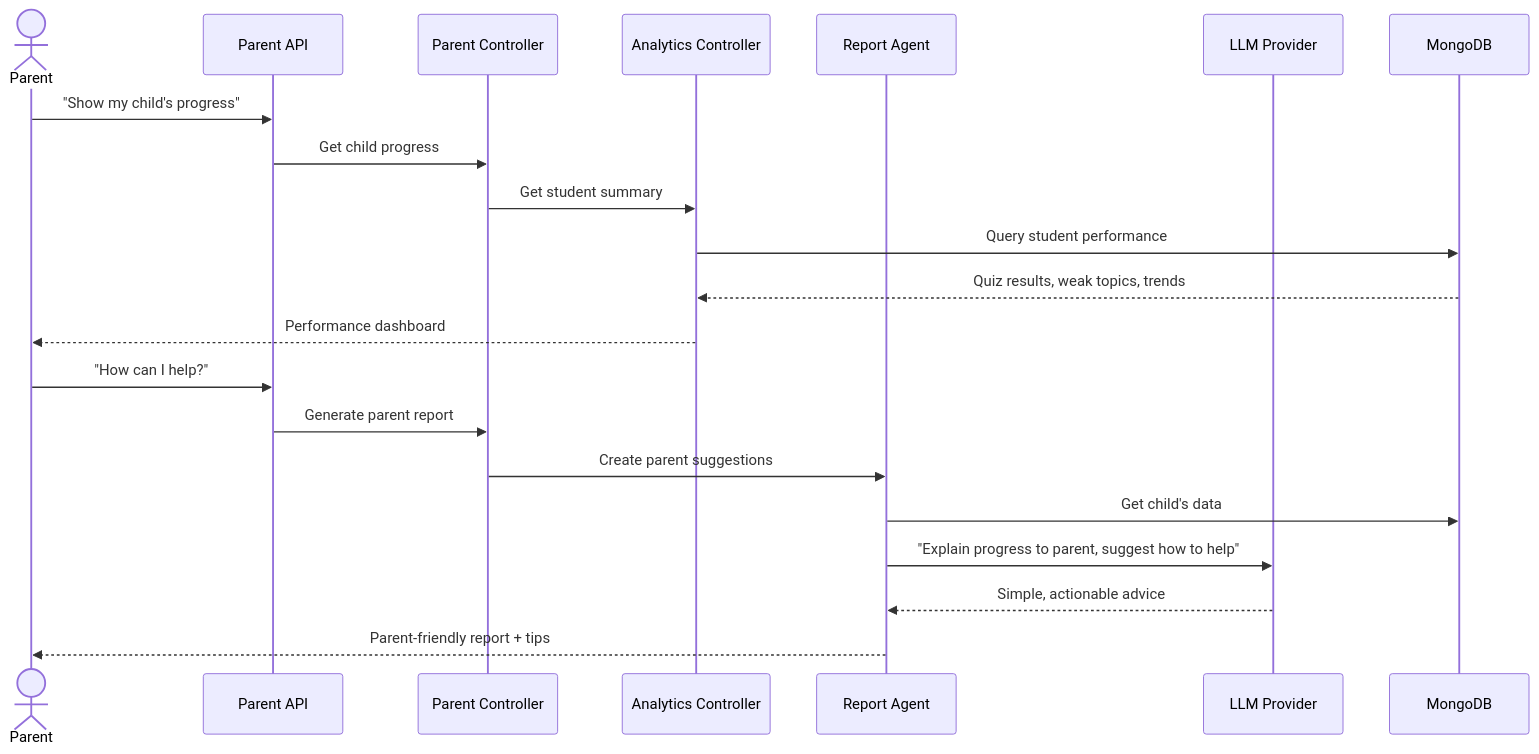
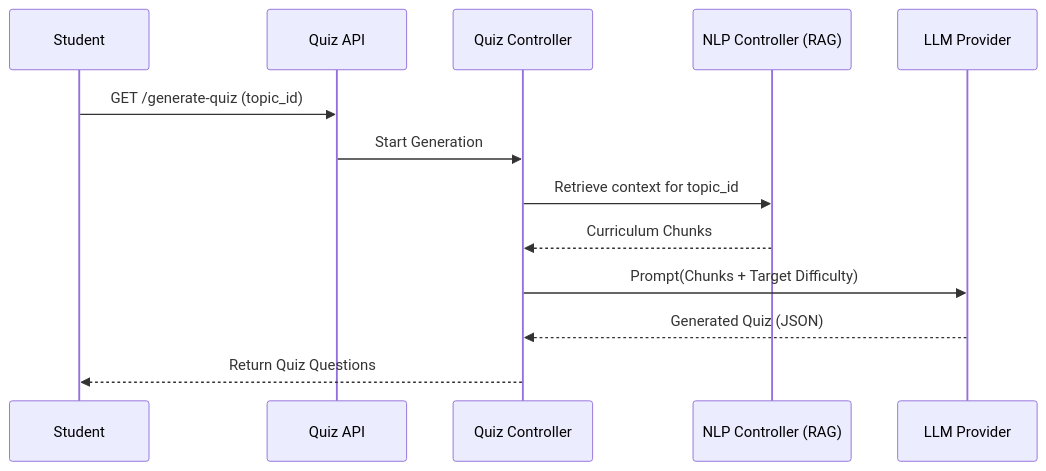
One commit to EbEmad/Contest-Rag changed the fourth of 4 diagrams in README.md. Above: the diagram before and after it, drawn with Mermaid. The commit also changed other lines of this file and 2 other files, not shown here.

````diff
--- a/README.md
+++ b/README.md
@@ -302,25 +134,16 @@
 ```mermaid
 sequenceDiagram
-    actor Parent
-    participant API as Parent API
-    participant Ctrl as Parent Controller
-    participant Analytics as Analytics Controller
-    participant Report as Report Agent
+    participant Student
+    participant API as Quiz API
+    participant CTRL as Quiz Controller
+    participant NLP as NLP Controller (RAG)
     participant LLM as LLM Provider
-    participant DB as MongoDB
-    
-    Parent->>API: "Show my child's progress"
-    API->>Ctrl: Get child progress
-    Ctrl->>Analytics: Get student summary
-    Analytics->>DB: Query student performance
-    DB-->>Analytics: Quiz results, weak topics, trends
-    Analytics-->>Parent: Performance dashboard
-    
-    Parent->>API: "How can I help?"
-    API->>Ctrl: Generate parent report
-    Ctrl->>Report: Create parent suggestions
-    Report->>DB: Get child's data
-    Report->>LLM: "Explain progress to parent, suggest how to help"
-    LLM-->>Report: Simple, actionable advice
-    Report-->>Parent: Parent-friendly report + tips
+
+    Student->>API: GET /generate-quiz (topic_id)
+    API->>CTRL: Start Generation
+    CTRL->>NLP: Retrieve context for topic_id
+    NLP-->>CTRL: Curriculum Chunks
+    CTRL->>LLM: Prompt(Chunks + Target Difficulty)
+    LLM-->>CTRL: Generated Quiz (JSON)
+    CTRL-->>Student: Return Quiz Questions
 ```
````
